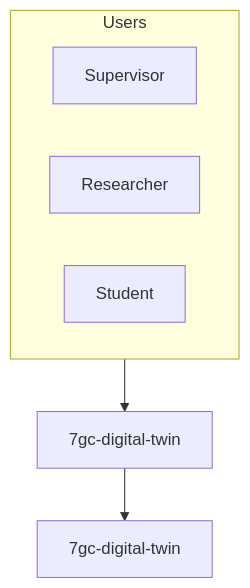
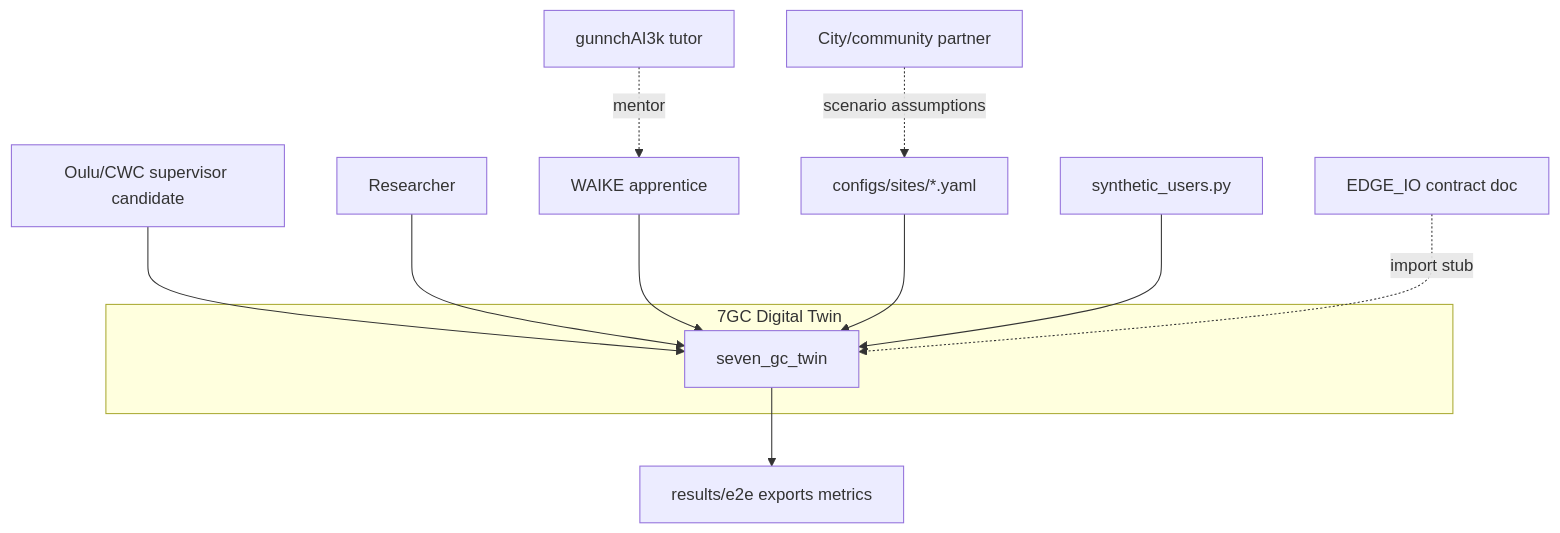
One commit to gunnchOS3k/7gc-digital-twin changed the diagram in docs/diagrams/context.mmd. Above: the diagram before and after it, drawn with Mermaid. The commit also changed 29 other files, not shown here.

First line of the commit message:
Issue audit pass: repo-specific diagrams, review-ready papers, ISSUE_AUDIT

```diff
--- a/docs/diagrams/context.mmd
+++ b/docs/diagrams/context.mmd
@@ -1,10 +1,21 @@
 flowchart TB
-  subgraph users [Users]
-    SUP[Supervisor]
-    RES[Researcher]
-    STU[Student]
+  SUP[Oulu/CWC supervisor candidate]
+  RES[Researcher]
+  STU[WAIKE apprentice]
+  CITY[City/community partner]
+  TUTOR[gunnchAI3k tutor]
+  subgraph SYS[7GC Digital Twin]
+    TWIN[seven_gc_twin]
   end
-  SYS[7gc-digital-twin]
-  TWIN[7gc-digital-twin]
-  users --> SYS
-  SYS --> TWIN
+  CFG[configs/sites/*.yaml]
+  SYN[synthetic_users.py]
+  TEL[EDGE_IO contract doc]
+  SUP --> TWIN
+  RES --> TWIN
+  STU --> TWIN
+  CITY -.scenario assumptions.-> CFG
+  TUTOR -.mentor.-> STU
+  CFG --> TWIN
+  SYN --> TWIN
+  TEL -.import stub.-> TWIN
+  TWIN --> OUT[results/e2e exports metrics]
```
